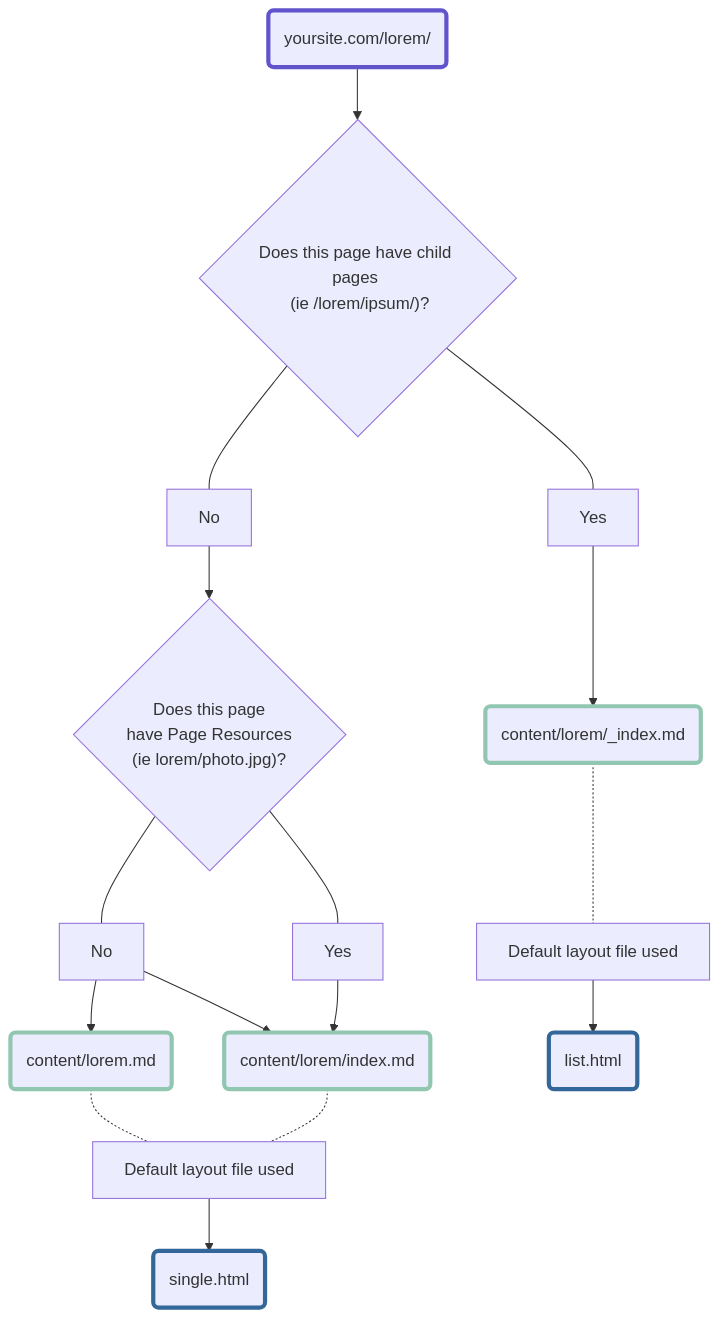
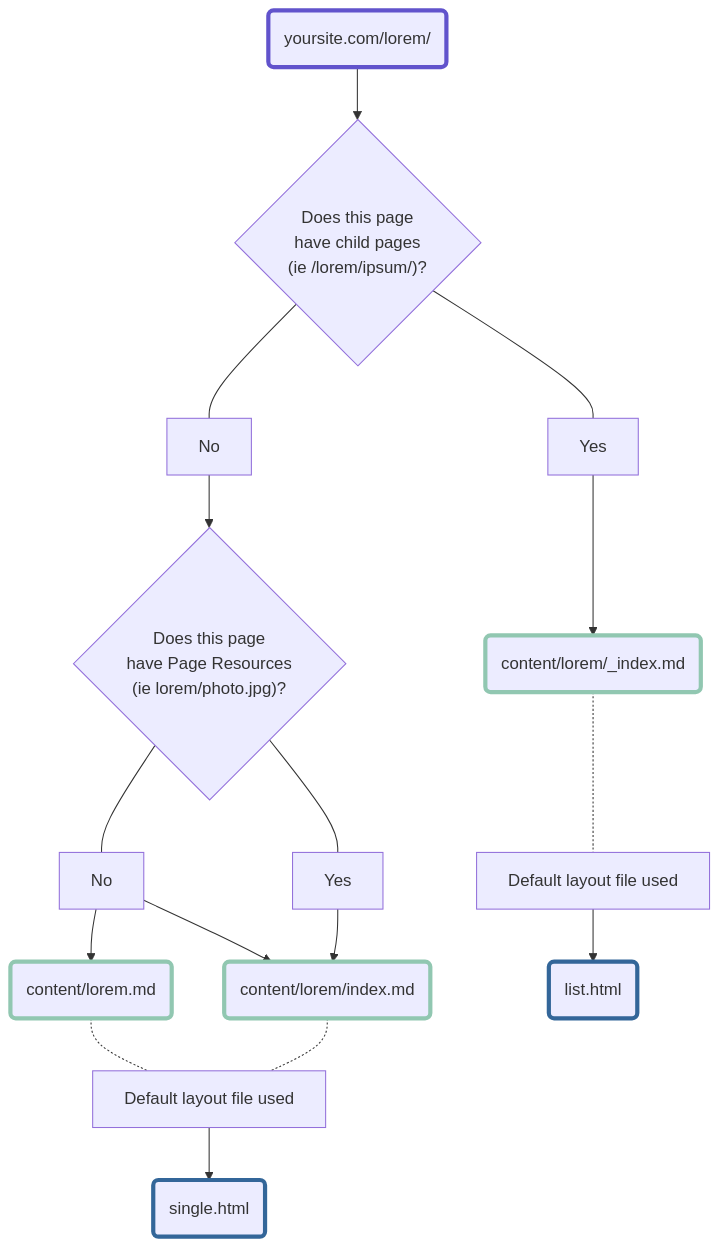
Before and after one commit to pointyfar/hugo-content-naming-layouts: the first of 2 diagrams in content/single-vs-list.md, drawn with Mermaid. The commit also changed other lines of this file and 3 other files, not shown here.

```diff
--- a/content/single-vs-list.md
+++ b/content/single-vs-list.md
@@ -12,46 +12,46 @@
 {{<mermaid>}}
 graph TD
     A("yoursite.com/lorem/") --> C
     
-    C{"Does this page have child pages <br/> (ie /lorem/ipsum/)?<br/>"}
+    C{"Does this page <br/>have child pages <br/> (ie /lorem/ipsum/)?<br/>"}
     C --- D[Yes]
     C --- E[No]
         E --> F
 
         F{"Does this page <br/> have Page Resources <br/> (ie lorem/photo.jpg)?"}
         F ---G
         F ---H
 
             G["No"] --> indexmd
             G["No"] --> ipsummd
 
             H["Yes"] --> indexmd
 
             indexmd("content/lorem/index.md")
             ipsummd("content/lorem.md")
 
             ipsummd -.- slayout
             indexmd -.- slayout
 
             slayout["Default layout file used"]
             slayout --> single("single.html")
 
     D --> lindex("content/lorem/_index.md")
 
           lindex -.- llayout["Default layout file used"]
           llayout --> list("list.html")
 
 
     click indexmd "/circle/" "Example"
     click ipsummd "/square/" "Example"
     click lindex "/clouds/" "Example"
 
     style lindex stroke-width:4px, stroke:#91C7B1;
     style indexmd stroke-width:4px, stroke:#91C7B1;
     style ipsummd stroke-width:4px, stroke:#91C7B1;
     style A stroke-width:4px, stroke:#6153CC;
     style single stroke-width:4px, stroke:#336699;
     style list stroke-width:4px, stroke:#336699;
 
 
 {{</mermaid>}}
```
